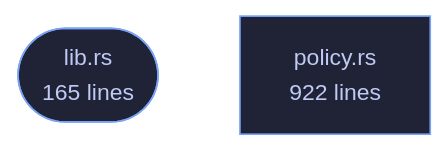
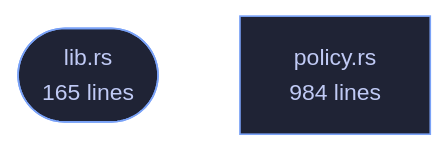
One commit to tilas01/veilvoice changed the diagram in crates/veilvoice-policy/README.md. Above: the diagram before and after it, drawn with Mermaid. The commit also changed other lines of this file and 102 other files, not shown here.

````diff
--- a/crates/veilvoice-policy/README.md
+++ b/crates/veilvoice-policy/README.md
@@ -104,8 +104,8 @@
 ```mermaid
 %%{init: {"theme":"base","themeVariables":{"background":"#1a1b26","primaryColor":"#1f2335","primaryTextColor":"#c0caf5","primaryBorderColor":"#7aa2f7","secondaryColor":"#16161e","tertiaryColor":"#16161e","lineColor":"#737aa2","textColor":"#c0caf5","mainBkg":"#1f2335","nodeBorder":"#7aa2f7","clusterBkg":"#16161e","clusterBorder":"#2f3549","fontFamily":"ui-monospace, SFMono-Regular, Consolas, monospace","fontSize":"14px"}}}%%
 flowchart TD
     n_lib(["lib.rs<br/>165 lines"])
-    n_policy["policy.rs<br/>922 lines"]
+    n_policy["policy.rs<br/>984 lines"]
     click n_lib href "https://github.com/tilas01/veilvoice/blob/main/crates/veilvoice-policy/src/lib.rs" "open the source"
     click n_policy href "https://github.com/tilas01/veilvoice/blob/main/crates/veilvoice-policy/src/policy.rs" "open the source"
 ```
````
